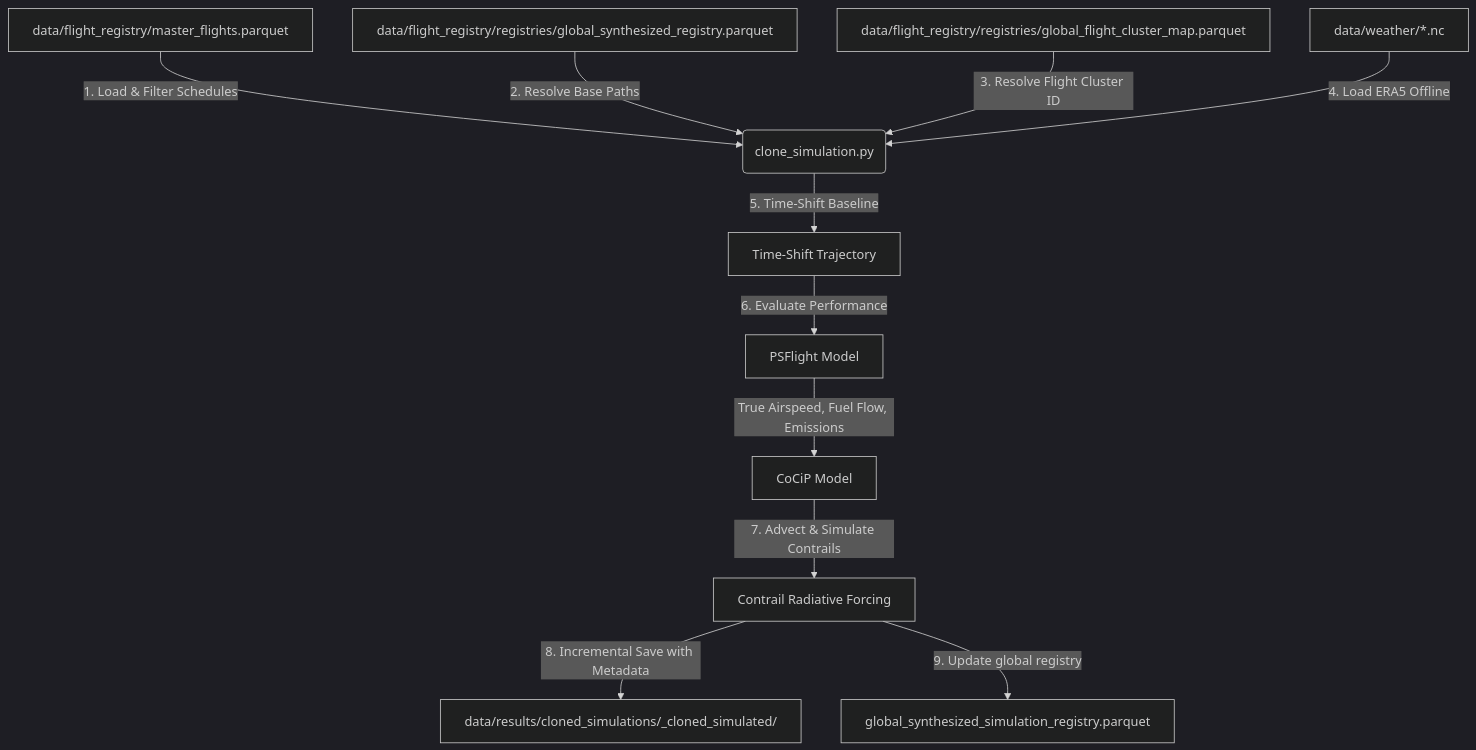
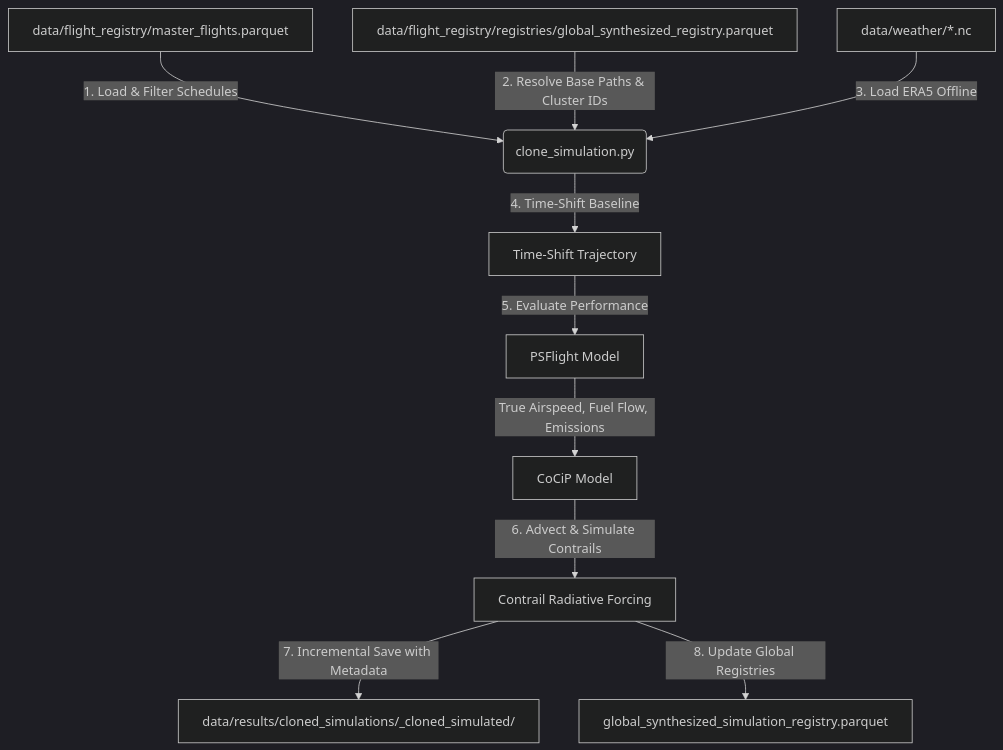
The diagram in src/physics/README.md (Bauzement123/flight-physics-pipeline), drawn with Mermaid (dark theme) before and after one commit. The commit also changed other lines of this file and 27 other files, not shown here.

````diff
--- a/src/physics/README.md
+++ b/src/physics/README.md
@@ -63,15 +63,14 @@
 ```mermaid
 graph TD
     A[data/flight_registry/master_flights.parquet] -->|1. Load & Filter Schedules| B(clone_simulation.py)
-    C[data/flight_registry/registries/global_synthesized_registry.parquet] -->|2. Resolve Base Paths| B
-    K[data/flight_registry/registries/global_flight_cluster_map.parquet] -->|3. Resolve Flight Cluster ID| B
-    D[data/weather/*.nc] -->|4. Load ERA5 Offline| B
+    C[data/flight_registry/registries/global_synthesized_registry.parquet] -->|2. Resolve Base Paths & Cluster IDs| B
+    D[data/weather/*.nc] -->|3. Load ERA5 Offline| B
     
-    B -->|5. Time-Shift Baseline| E[Time-Shift Trajectory]
-    E -->|6. Evaluate Performance| F[PSFlight Model]
+    B -->|4. Time-Shift Baseline| E[Time-Shift Trajectory]
+    E -->|5. Evaluate Performance| F[PSFlight Model]
     F -->|True Airspeed, Fuel Flow, Emissions| G[CoCiP Model]
-    G -->|7. Advect & Simulate Contrails| H[Contrail Radiative Forcing]
+    G -->|6. Advect & Simulate Contrails| H[Contrail Radiative Forcing]
     
-    H -->|8. Incremental Save with Metadata| I[data/results/cloned_simulations/<route>_cloned_simulated/]
-    H -->|9. Update global registry| J[global_synthesized_simulation_registry.parquet]
+    H -->|7. Incremental Save with Metadata| I[data/results/cloned_simulations/<route>_cloned_simulated/]
+    H -->|8. Update Global Registries| J[global_synthesized_simulation_registry.parquet]
 ```
````
